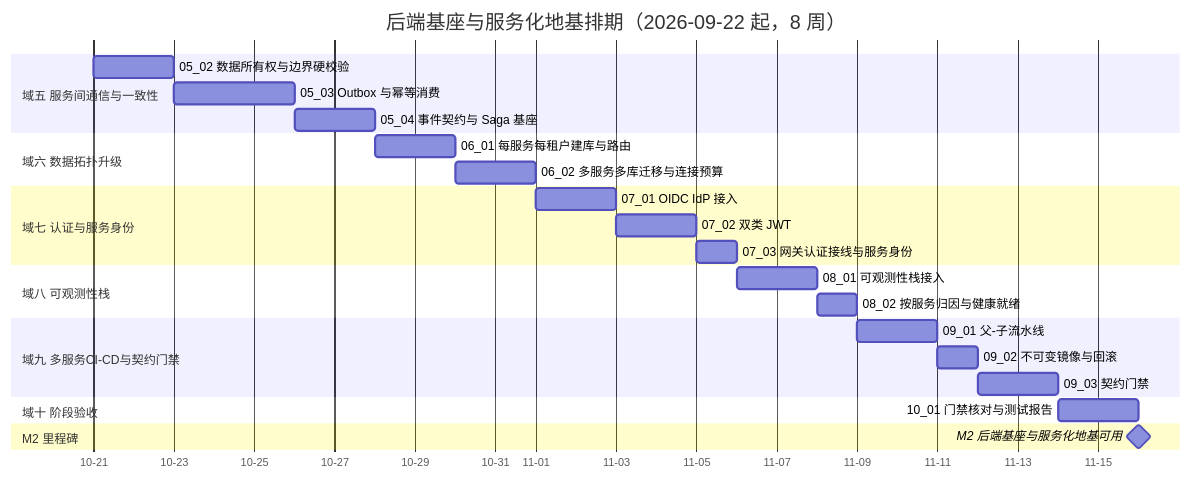
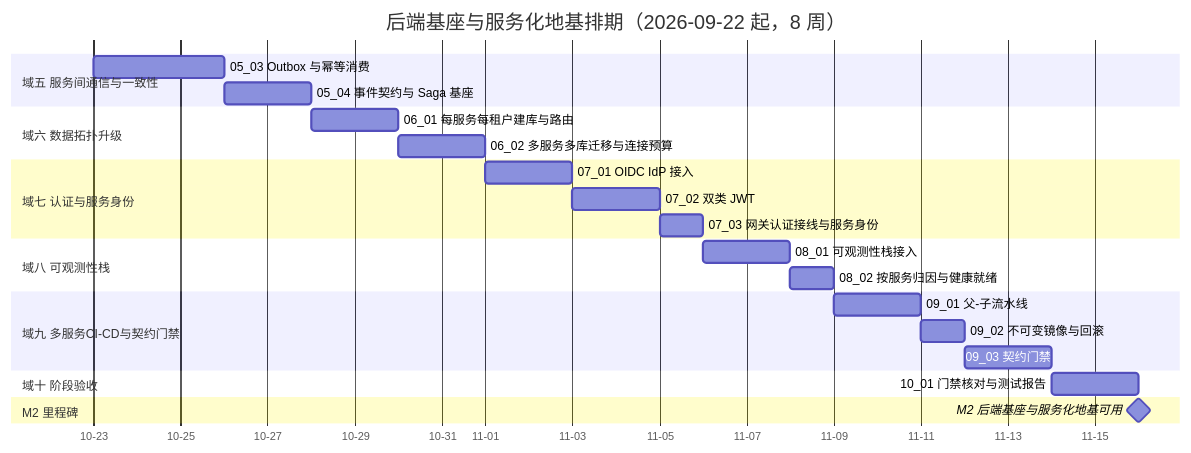
Before and after one commit to minjian123/basic-management-system: the diagram in bms文档/项目/02_后端基座与服务化地基/计划/01_计划_后端基座与服务化地基.md, drawn with Mermaid. The commit also changed other lines of this file and 8 other files, not shown here.

````diff
--- a/bms文档/项目/02_后端基座与服务化地基/计划/01_计划_后端基座与服务化地基.md
+++ b/bms文档/项目/02_后端基座与服务化地基/计划/01_计划_后端基座与服务化地基.md
@@ -57,28 +57,27 @@
 ```mermaid
 gantt
     title 后端基座与服务化地基排期（2026-09-22 起，8 周）
     dateFormat  YYYY-MM-DD
     axisFormat %m-%d
     section 域五 服务间通信与一致性
-    05_02 数据所有权与边界硬校验 :a0502, 2026-10-21, 2d
-    05_03 Outbox 与幂等消费 :a0503, after a0502, 3d
+    05_03 Outbox 与幂等消费 :a0503, 2026-10-23, 3d
     05_04 事件契约与 Saga 基座 :a0504, after a0503, 2d
     section 域六 数据拓扑升级
     06_01 每服务每租户建库与路由 :a0601, after a0504, 2d
     06_02 多服务多库迁移与连接预算 :a0602, after a0601, 2d
     section 域七 认证与服务身份
     07_01 OIDC IdP 接入 :a0701, after a0602, 2d
     07_02 双类 JWT :a0702, after a0701, 2d
     07_03 网关认证接线与服务身份 :a0703, after a0702, 1d
     section 域八 可观测性栈
     08_01 可观测性栈接入 :a0801, after a0703, 2d
     08_02 按服务归因与健康就绪 :a0802, after a0801, 1d
     section 域九 多服务CI-CD与契约门禁
     09_01 父-子流水线 :a0901, after a0802, 2d
     09_02 不可变镜像与回滚 :a0902, after a0901, 1d
     09_03 契约门禁 :a0903, after a0902, 2d
     section 域十 阶段验收
     10_01 门禁核对与测试报告 :a1001, after a0903, 2d
     section M2 里程碑
     M2 后端基座与服务化地基可用 :milestone, mm2, after a1001, 0d
 ```
````
